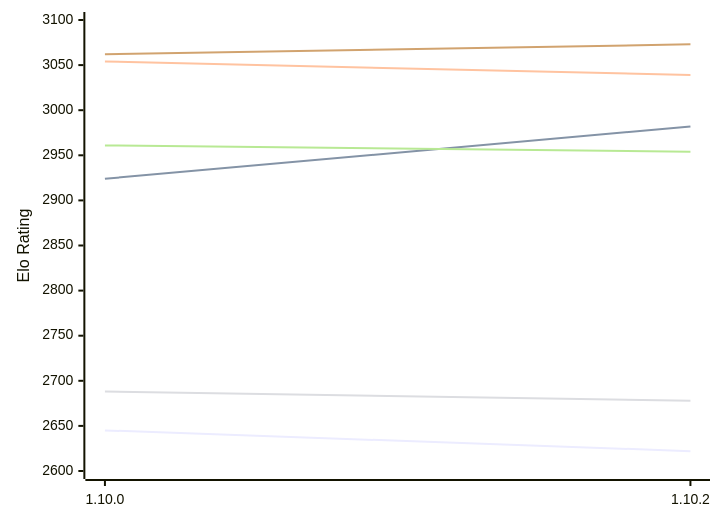
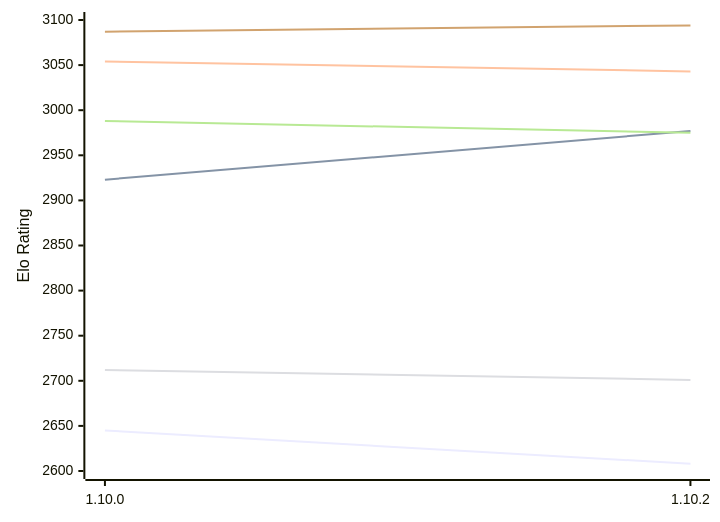
The first of 2 diagrams in engines/Basilisk.md (computer-chess-index/cci), drawn with Mermaid before and after one commit. The commit also changed other lines of this file, not shown here.

Commit message:
Update CCI Ratings (ELO VLTC) - 2026-11-04

````diff
--- a/engines/Basilisk.md
+++ b/engines/Basilisk.md
@@ -61,12 +61,12 @@
 ```mermaid
 %%{init: {"theme":"base","themeVariables":{"seriesColors:['#a3a3a3','#222221','#faa371']}}}%%
 xychart-beta
   x-axis ["1.10.0", "1.10.2"]
   y-axis "Elo Rating" 2600 --> 3100
-  line "E1: STC (8.0+0.08s)" [2645, 2622]
-  line "E1: LTC (60.0+0.60s)" [2924, 2982]
-  line "E1: VLTC (2m24s+1.12s)" [3054, 3039]
-  line "P1: STC (8.0+0.08s)" [2688, 2678]
-  line "P1: LTC (60.0+0.60s)" [2961, 2954]
-  line "P1: VLTC (2m24s+1.12s)" [3062, 3073]
+  line "E1: STC (8.0+0.08s)" [2645, 2608]
+  line "E1: LTC (60.0+0.60s)" [2923, 2977]
+  line "E1: VLTC (2m24s+1.12s)" [3054, 3043]
+  line "P1: STC (8.0+0.08s)" [2712, 2701]
+  line "P1: LTC (60.0+0.60s)" [2988, 2975]
+  line "P1: VLTC (2m24s+1.12s)" [3087, 3094]
 ```
````
